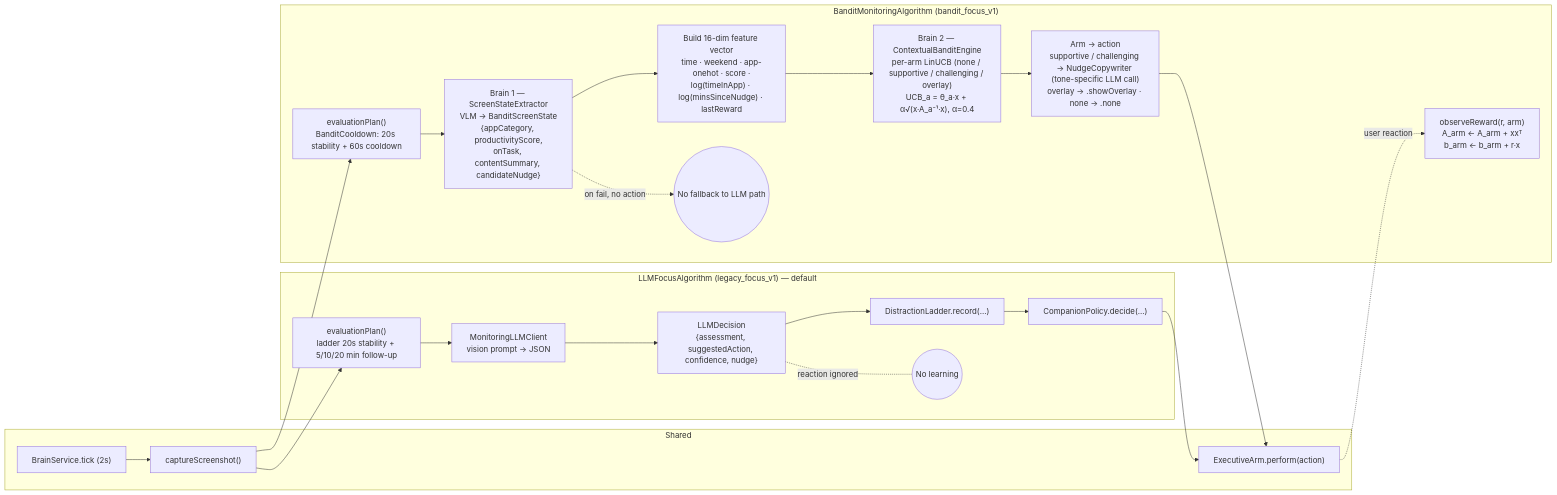
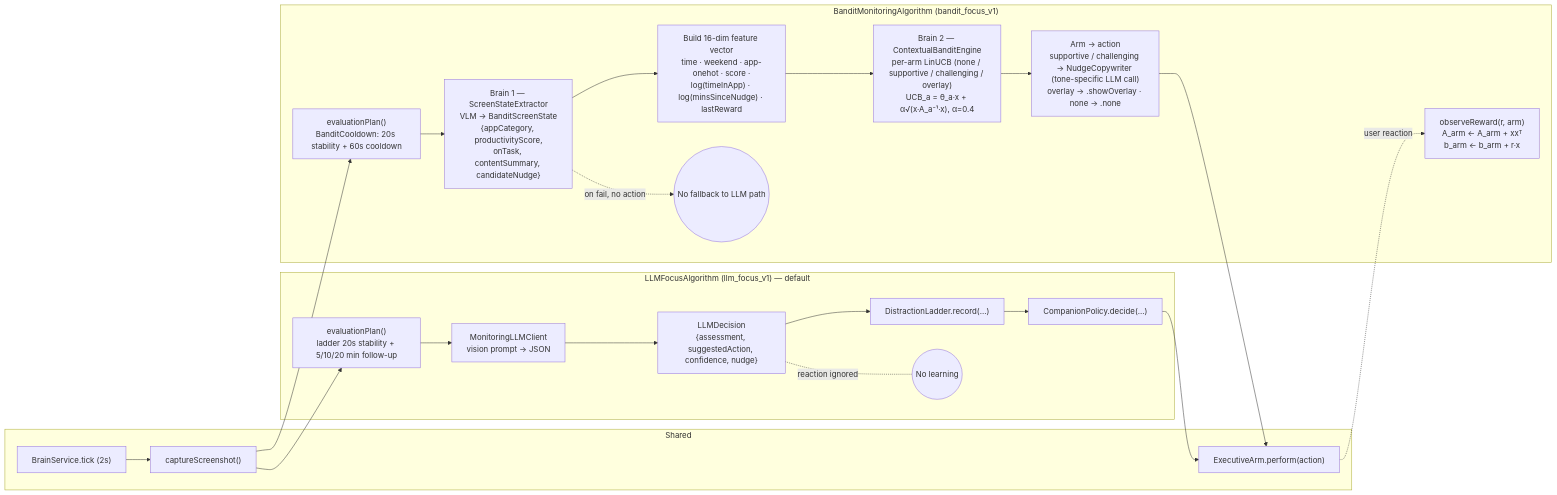
The third of 6 diagrams in docs/system-overview.md (strjonas/AccountyCat), drawn with Mermaid before and after one commit. The commit also changed other lines of this file and 38 other files, not shown here.

````diff
--- a/docs/system-overview.md
+++ b/docs/system-overview.md
@@ -203,34 +203,34 @@
 ```mermaid
 flowchart LR
     subgraph Shared["Shared"]
         Tick["BrainService.tick (2s)"]
         Snap["captureScreenshot()"]
         Act["ExecutiveArm.perform(action)"]
     end
 
-    subgraph LLM["LLMFocusAlgorithm (legacy_focus_v1) — default"]
+    subgraph LLM["LLMFocusAlgorithm (llm_focus_v1) — default"]
         L0["evaluationPlan()<br/>ladder 20s stability + 5/10/20 min follow-up"]
         L1["MonitoringLLMClient<br/>vision prompt → JSON"]
         L2["LLMDecision<br/>{assessment, suggestedAction, confidence, nudge}"]
         L3["DistractionLadder.record(...)"]
         L4["CompanionPolicy.decide(...)"]
         Learn1(("No learning"))
     end
 
     subgraph Bandit["BanditMonitoringAlgorithm (bandit_focus_v1)"]
         B0["evaluationPlan()<br/>BanditCooldown: 20s stability + 60s cooldown"]
         B1["Brain 1 — ScreenStateExtractor<br/>VLM → BanditScreenState<br/>{appCategory, productivityScore,<br/>onTask, contentSummary, candidateNudge}"]
         B2["Build 16-dim feature vector<br/>time · weekend · app-onehot · score ·<br/>log(timeInApp) · log(minsSinceNudge) · lastReward"]
         B3["Brain 2 — ContextualBanditEngine<br/>per-arm LinUCB (none / supportive / challenging / overlay)<br/>UCB_a = θ_a·x + α√(x·A_a⁻¹·x), α=0.4"]
         B4["Arm → action<br/>supportive / challenging → NudgeCopywriter (tone-specific LLM call)<br/>overlay → .showOverlay · none → .none"]
         Learn2["observeReward(r, arm)<br/>A_arm ← A_arm + xxᵀ<br/>b_arm ← b_arm + r·x"]
         NoFallback(("No fallback to LLM path"))
     end
 
     Tick --> Snap
     Snap --> L0 --> L1 --> L2 --> L3 --> L4 --> Act
     Snap --> B0 --> B1 --> B2 --> B3 --> B4 --> Act
     Act -. user reaction .-> Learn2
     L2 -. reaction ignored .- Learn1
     B1 -. on fail, no action .-> NoFallback
 ```
````
